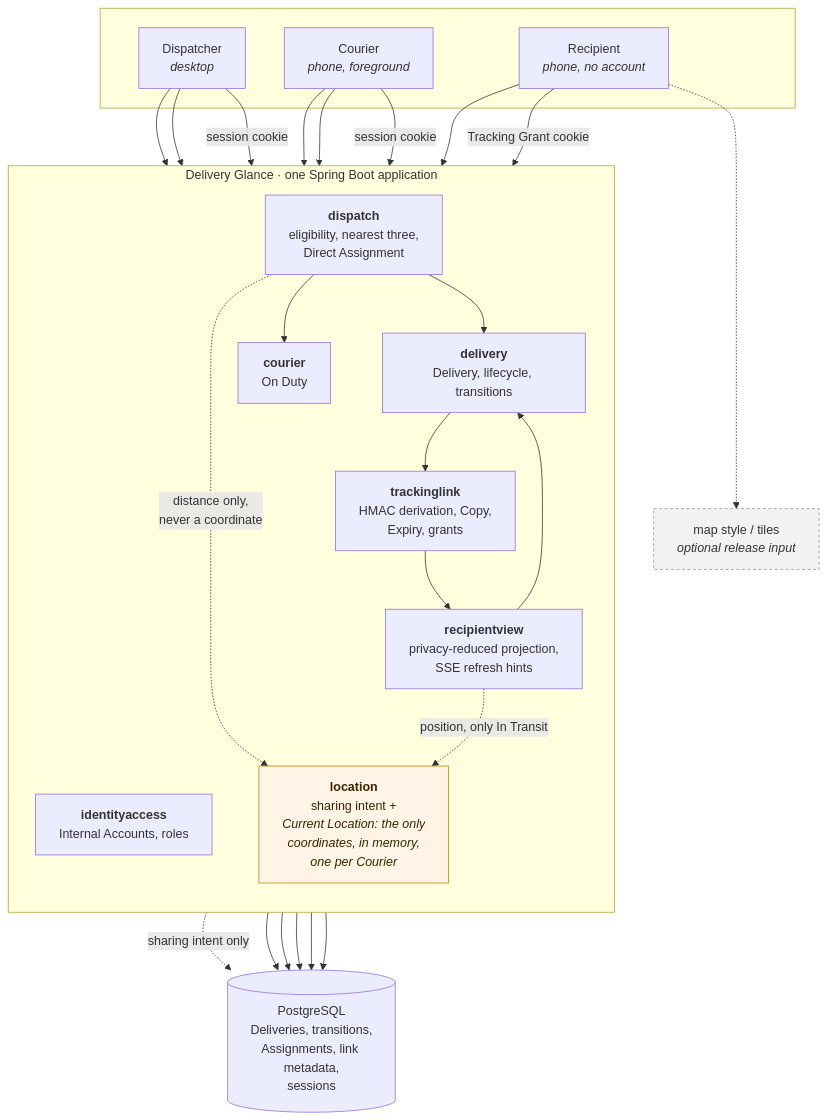
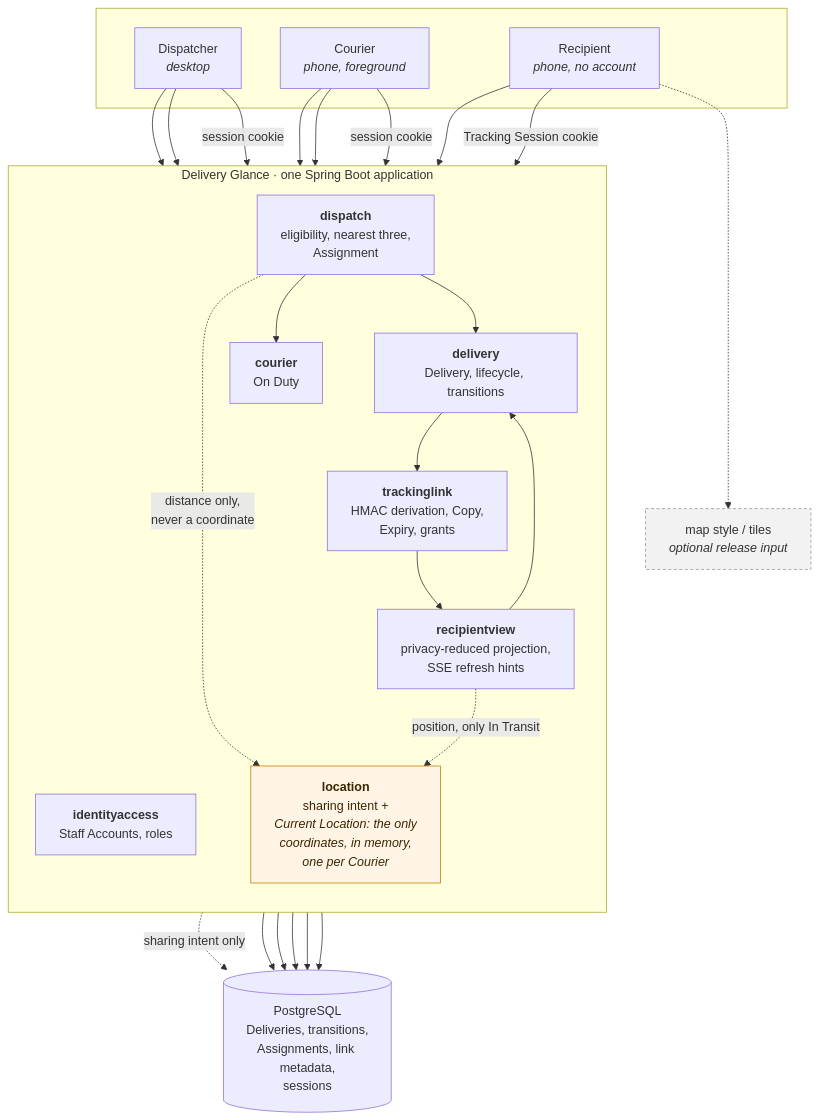
The first of 2 diagrams in docs/architecture.md (Jamiedz999/delivery-glance), drawn with Mermaid before and after one commit. The commit also changed other lines of this file and 23 other files, not shown here.

````diff
--- a/docs/architecture.md
+++ b/docs/architecture.md
@@ -16,53 +16,53 @@
 ```mermaid
 flowchart TB
     subgraph clients[" "]
         dispatcher["Dispatcher<br/><i>desktop</i>"]
         courier["Courier<br/><i>phone, foreground</i>"]
         recipient["Recipient<br/><i>phone, no account</i>"]
     end
 
     subgraph app["Delivery Glance · one Spring Boot application"]
         direction TB
-        identityaccess["<b>identityaccess</b><br/>Internal Accounts, roles"]
+        identityaccess["<b>identityaccess</b><br/>Staff Accounts, roles"]
         delivery["<b>delivery</b><br/>Delivery, lifecycle, transitions"]
-        dispatchmod["<b>dispatch</b><br/>eligibility, nearest three,<br/>Direct Assignment"]
+        dispatchmod["<b>dispatch</b><br/>eligibility, nearest three,<br/>Assignment"]
         couriermod["<b>courier</b><br/>On Duty"]
         location["<b>location</b><br/>sharing intent +<br/><i>Current Location: the only<br/>coordinates, in memory,<br/>one per Courier</i>"]
         trackinglink["<b>trackinglink</b><br/>HMAC derivation, Copy,<br/>Expiry, grants"]
         recipientview["<b>recipientview</b><br/>privacy-reduced projection,<br/>SSE refresh hints"]
     end
 
     postgres[("PostgreSQL<br/>Deliveries, transitions,<br/>Assignments, link metadata,<br/>sessions")]
     tiles["map style / tiles<br/><i>optional release input</i>"]
 
     dispatcher -->|"session cookie"| identityaccess
     courier -->|"session cookie"| identityaccess
-    recipient -->|"Tracking Grant cookie"| trackinglink
+    recipient -->|"Tracking Session cookie"| trackinglink
 
     dispatcher --> delivery
     dispatcher --> dispatchmod
     courier --> couriermod
     courier --> location
     recipient --> recipientview
 
     dispatchmod --> delivery
     dispatchmod --> couriermod
     dispatchmod -.->|"distance only,<br/>never a coordinate"| location
     delivery --> trackinglink
     recipientview --> delivery
     recipientview -.->|"position, only In Transit"| location
     trackinglink --> recipientview
 
     delivery --> postgres
     dispatchmod --> postgres
     couriermod --> postgres
     trackinglink --> postgres
     identityaccess --> postgres
     location -.->|"sharing intent only"| postgres
     recipient -.-> tiles
 
     classDef memory fill:#fff4e5,stroke:#c47f00,color:#3a2600
     classDef optional fill:#f2f2f2,stroke:#999,color:#333,stroke-dasharray:4 3
     class location memory
     class tiles optional
 ```
````
